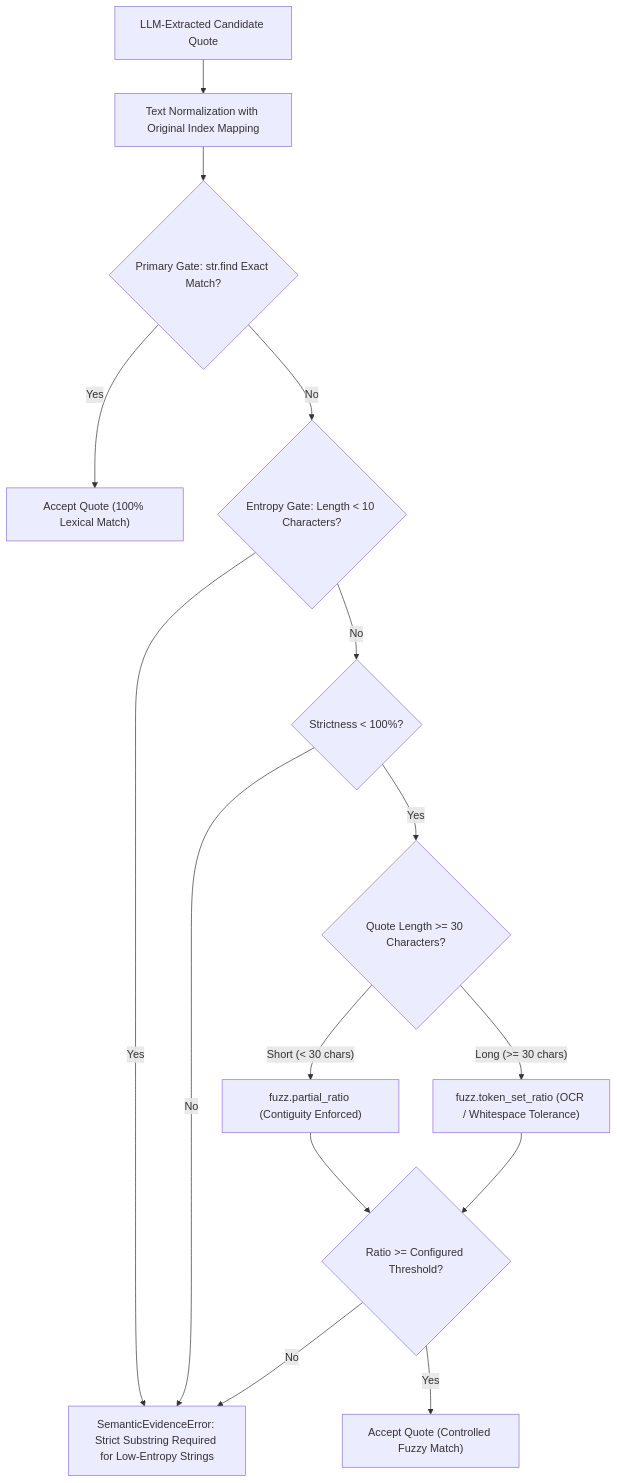
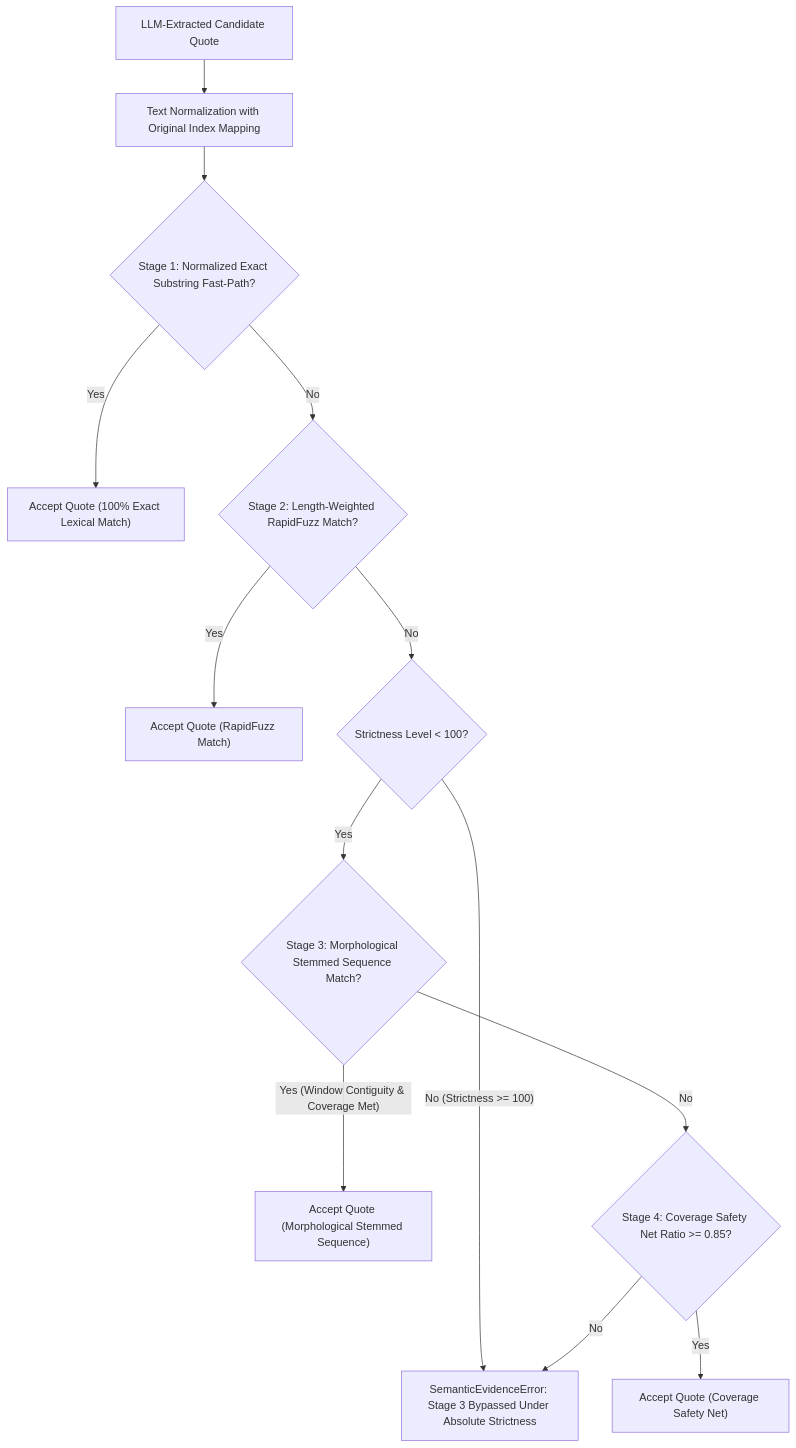
One commit to launis/quorum changed the fifth of 5 diagrams in docs/architecture/09_llm_prompt_orchestration_and_matrix_evaluation.md. Above: the diagram before and after it, drawn with Mermaid. The commit also changed other lines of this file and 3 other files, not shown here.

Commit message:
docs(architecture): synchronize multi-stage lexical validation across architecture pillars

````diff
--- a/docs/architecture/09_llm_prompt_orchestration_and_matrix_evaluation.md
+++ b/docs/architecture/09_llm_prompt_orchestration_and_matrix_evaluation.md
@@ -869,23 +869,20 @@
 ```mermaid
 graph TD
     CandidateQuote["LLM-Extracted Candidate Quote"] --> Normalization["Text Normalization with Original Index Mapping"]
-    Normalization --> PrimaryGate{"Primary Gate: str.find Exact Match?"}
+    Normalization --> PrimaryGate{"Stage 1: Normalized Exact Substring Fast-Path?"}
     
-    PrimaryGate -- "Yes" --> AcceptExact["Accept Quote (100% Lexical Match)"]
-    PrimaryGate -- "No" --> EntropyGate{"Entropy Gate: Length < 10 Characters?"}
+    PrimaryGate -- "Yes" --> AcceptExact["Accept Quote (100% Exact Lexical Match)"]
+    PrimaryGate -- "No" --> Stage2{"Stage 2: Length-Weighted RapidFuzz Match?"}
     
-    EntropyGate -- "Yes" --> Reject["SemanticEvidenceError: Strict Substring Required for Low-Entropy Strings"]
-    EntropyGate -- "No" --> FuzzyCheck{"Strictness < 100%?"}
+    Stage2 -- "Yes" --> AcceptFuzzy["Accept Quote (RapidFuzz Match)"]
+    Stage2 -- "No" --> StrictnessGate{"Strictness Level < 100?"}
     
-    FuzzyCheck -- "No" --> Reject
-    FuzzyCheck -- "Yes" --> LengthCheck{"Quote Length >= 30 Characters?"}
+    StrictnessGate -- "No (Strictness >= 100)" --> Reject["SemanticEvidenceError: Stage 3 Bypassed Under Absolute Strictness"]
+    StrictnessGate -- "Yes" --> Stage3{"Stage 3: Morphological Stemmed Sequence Match?"}
     
-    LengthCheck -- "Short (< 30 chars)" --> PartialRatio["fuzz.partial_ratio (Contiguity Enforced)"]
-    LengthCheck -- "Long (>= 30 chars)" --> TokenSetRatio["fuzz.token_set_ratio (OCR / Whitespace Tolerance)"]
+    Stage3 -- "Yes (Window Contiguity & Coverage Met)" --> AcceptStemmed["Accept Quote (Morphological Stemmed Sequence)"]
+    Stage3 -- "No" --> Stage4{"Stage 4: Coverage Safety Net Ratio >= 0.85?"}
     
-    PartialRatio --> ThresholdCheck{"Ratio >= Configured Threshold?"}
-    TokenSetRatio --> ThresholdCheck
-    
-    ThresholdCheck -- "Yes" --> AcceptFuzzy["Accept Quote (Controlled Fuzzy Match)"]
-    ThresholdCheck -- "No" --> Reject
+    Stage4 -- "Yes" --> AcceptCoverage["Accept Quote (Coverage Safety Net)"]
+    Stage4 -- "No" --> Reject
 ```
````
